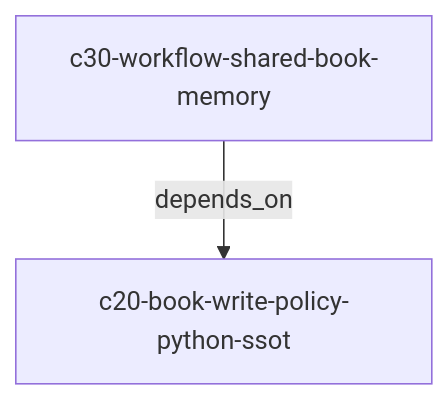
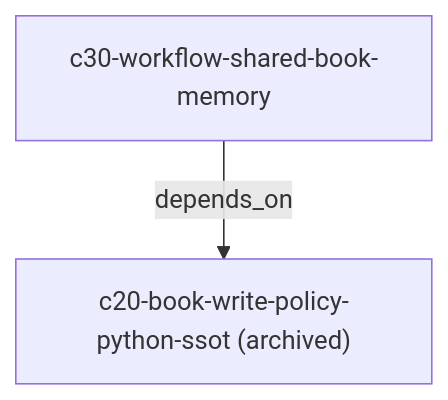
One commit to StrayDragon/scalim changed the diagram in _HANDOFF.md. Above: the diagram before and after it, drawn with Mermaid. The commit also changed other lines of this file and 79 other files, not shown here.

First line of the commit message:
feat: move book write/budget to Python ResourcesPolicy SSOT

````diff
--- a/_HANDOFF.md
+++ b/_HANDOFF.md
@@ -15,6 +15,6 @@
 ```mermaid
 flowchart TD
-  c20["c20-book-write-policy-python-ssot"]
+  c20["c20-book-write-policy-python-ssot (archived)"]
   c30["c30-workflow-shared-book-memory"]
   c30 -->|depends_on| c20
 ```
````
